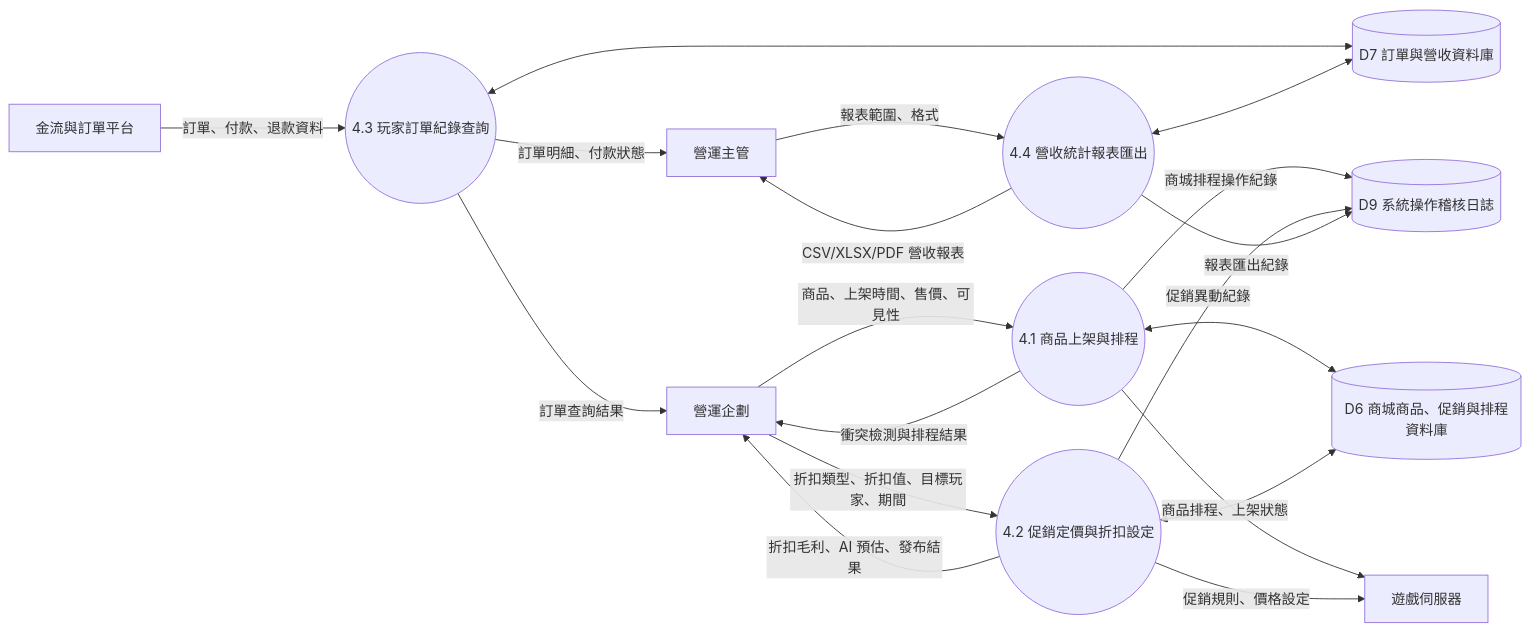
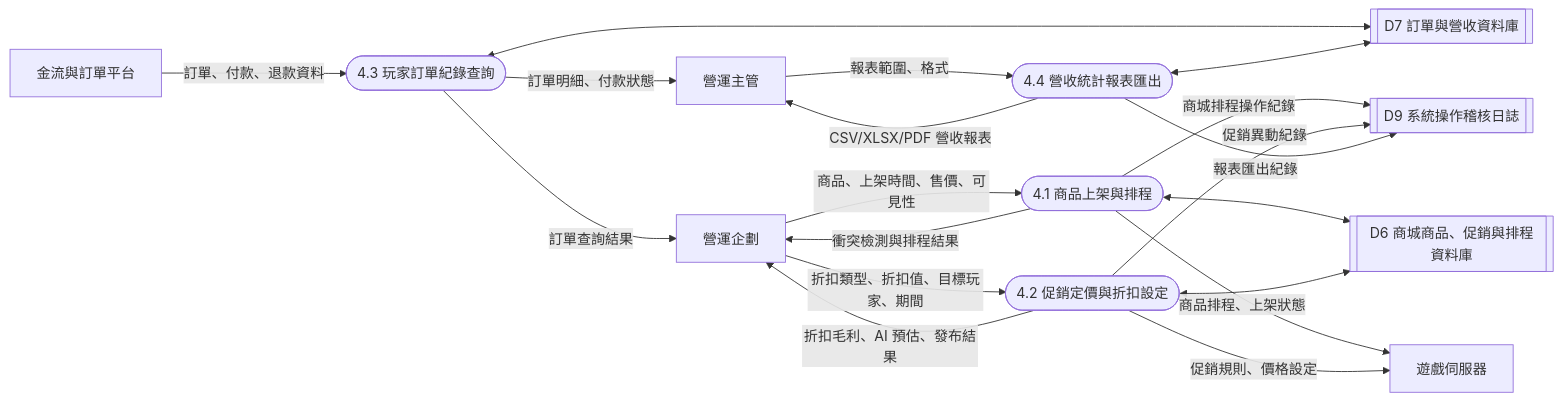
Before and after one commit to benson927/LINE_FARM: the seventh of 9 diagrams in docs/dfd-diagrams.md, drawn with Mermaid. The commit also changed other lines of this file, not shown here.

Commit message:
Update DFD diagram notation style

````diff
--- a/docs/dfd-diagrams.md
+++ b/docs/dfd-diagrams.md
@@ -280,36 +289,36 @@
 ```mermaid
 flowchart LR
   Planner[營運企劃]
   OpsLead[營運主管]
   Payment[金流與訂單平台]
   GameServer[遊戲伺服器]
-  P41((4.1 商品上架與排程))
-  P42((4.2 促銷定價與折扣設定))
-  P43((4.3 玩家訂單紀錄查詢))
-  P44((4.4 營收統計報表匯出))
-  D6[(D6 商城商品、促銷與排程資料庫)]
-  D7[(D7 訂單與營收資料庫)]
-  D9[(D9 系統操作稽核日誌)]
+  P41([4.1 商品上架與排程])
+  P42([4.2 促銷定價與折扣設定])
+  P43([4.3 玩家訂單紀錄查詢])
+  P44([4.4 營收統計報表匯出])
+  D6[[D6 商城商品、促銷與排程資料庫]]
+  D7[[D7 訂單與營收資料庫]]
+  D9[[D9 系統操作稽核日誌]]
 
   Planner -->|商品、上架時間、售價、可見性| P41
   P41 <--> D6
   P41 -->|商品排程、上架狀態| GameServer
   P41 -->|衝突檢測與排程結果| Planner
 
   Planner -->|折扣類型、折扣值、目標玩家、期間| P42
   P42 <--> D6
   P42 -->|促銷規則、價格設定| GameServer
   P42 -->|折扣毛利、AI 預估、發布結果| Planner
 
   Payment -->|訂單、付款、退款資料| P43
   P43 <--> D7
   P43 -->|訂單明細、付款狀態| OpsLead
   P43 -->|訂單查詢結果| Planner
 
   OpsLead -->|報表範圍、格式| P44
   P44 <--> D7
   P44 -->|CSV/XLSX/PDF 營收報表| OpsLead
   P41 -->|商城排程操作紀錄| D9
   P42 -->|促銷異動紀錄| D9
   P44 -->|報表匯出紀錄| D9
 ```
````
